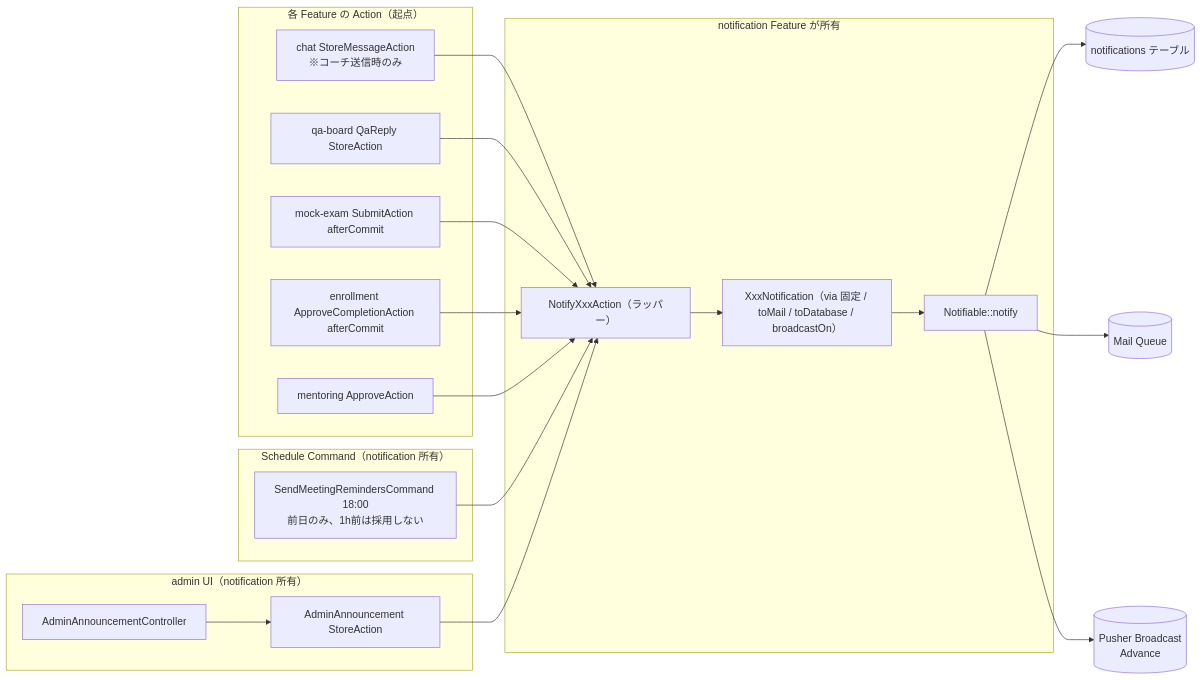
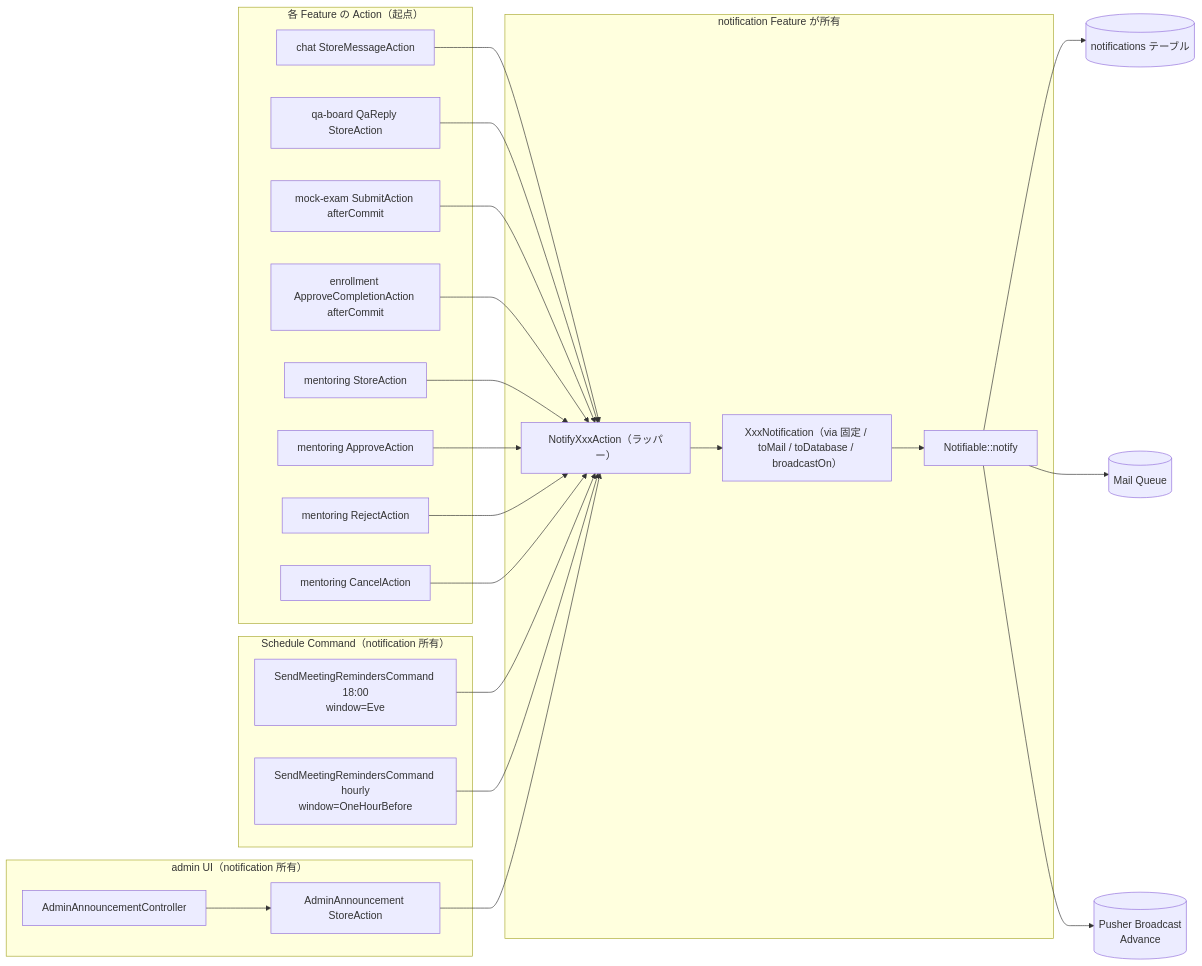
The first of 12 diagrams in docs/specs/notification/design.md (coachtech-mockcase-second/ExampleAnswer-mockcase-CertifyLMS), drawn with Mermaid before and after one commit. The commit also changed other lines of this file and 17 other files, not shown here.

````diff
--- a/docs/specs/notification/design.md
+++ b/docs/specs/notification/design.md
@@ -11,39 +11,47 @@
 ```mermaid
 flowchart LR
     subgraph trigger["各 Feature の Action（起点）"]
-        ChatA["chat StoreMessageAction<br/>※コーチ送信時のみ"]
+        ChatA["chat StoreMessageAction"]
         QaA["qa-board QaReply StoreAction"]
         MockA["mock-exam SubmitAction afterCommit"]
         EnrollA["enrollment ApproveCompletionAction afterCommit"]
-        MeetA["mentoring ApproveAction"]
+        MeetReq["mentoring StoreAction"]
+        MeetApp["mentoring ApproveAction"]
+        MeetRej["mentoring RejectAction"]
+        MeetCan["mentoring CancelAction"]
     end
 
     subgraph notification["notification Feature が所有"]
         Wrap["NotifyXxxAction（ラッパー）"]
         NotifClass["XxxNotification（via 固定 / toMail / toDatabase / broadcastOn）"]
         Notify["Notifiable::notify"]
     end
 
     subgraph schedule["Schedule Command（notification 所有）"]
-        MeetRem["SendMeetingRemindersCommand 18:00<br/>前日のみ、1h前は採用しない"]
+        MeetRemEve["SendMeetingRemindersCommand 18:00<br/>window=Eve"]
+        MeetRemHour["SendMeetingRemindersCommand hourly<br/>window=OneHourBefore"]
     end
 
     subgraph admin["admin UI（notification 所有）"]
         AnnUI["AdminAnnouncementController"]
         AnnA["AdminAnnouncement StoreAction"]
     end
 
     ChatA --> Wrap
     QaA --> Wrap
     MockA --> Wrap
     EnrollA --> Wrap
-    MeetA --> Wrap
-    MeetRem --> Wrap
+    MeetReq --> Wrap
+    MeetApp --> Wrap
+    MeetRej --> Wrap
+    MeetCan --> Wrap
+    MeetRemEve --> Wrap
+    MeetRemHour --> Wrap
     AnnUI --> AnnA --> Wrap
 
     Wrap --> NotifClass
     NotifClass --> Notify
     Notify --> DB[("notifications テーブル")]
     Notify --> MailQ[("Mail Queue")]
     Notify --> Pusher[("Pusher Broadcast<br/>Advance")]
 ```
````
